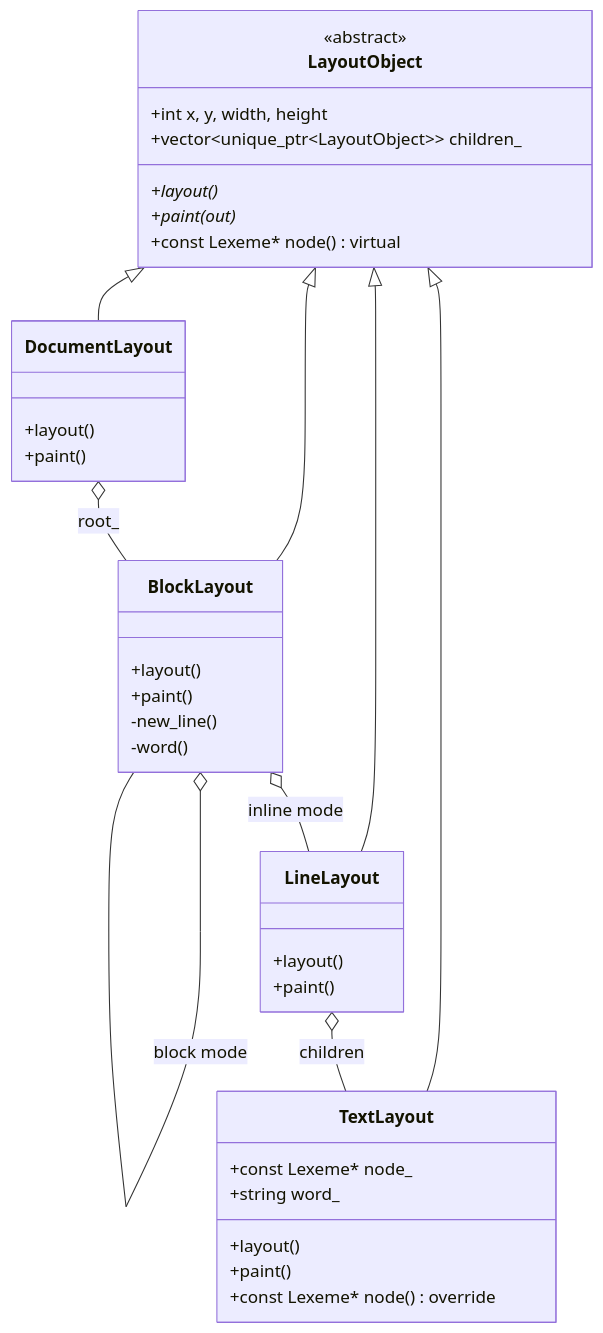
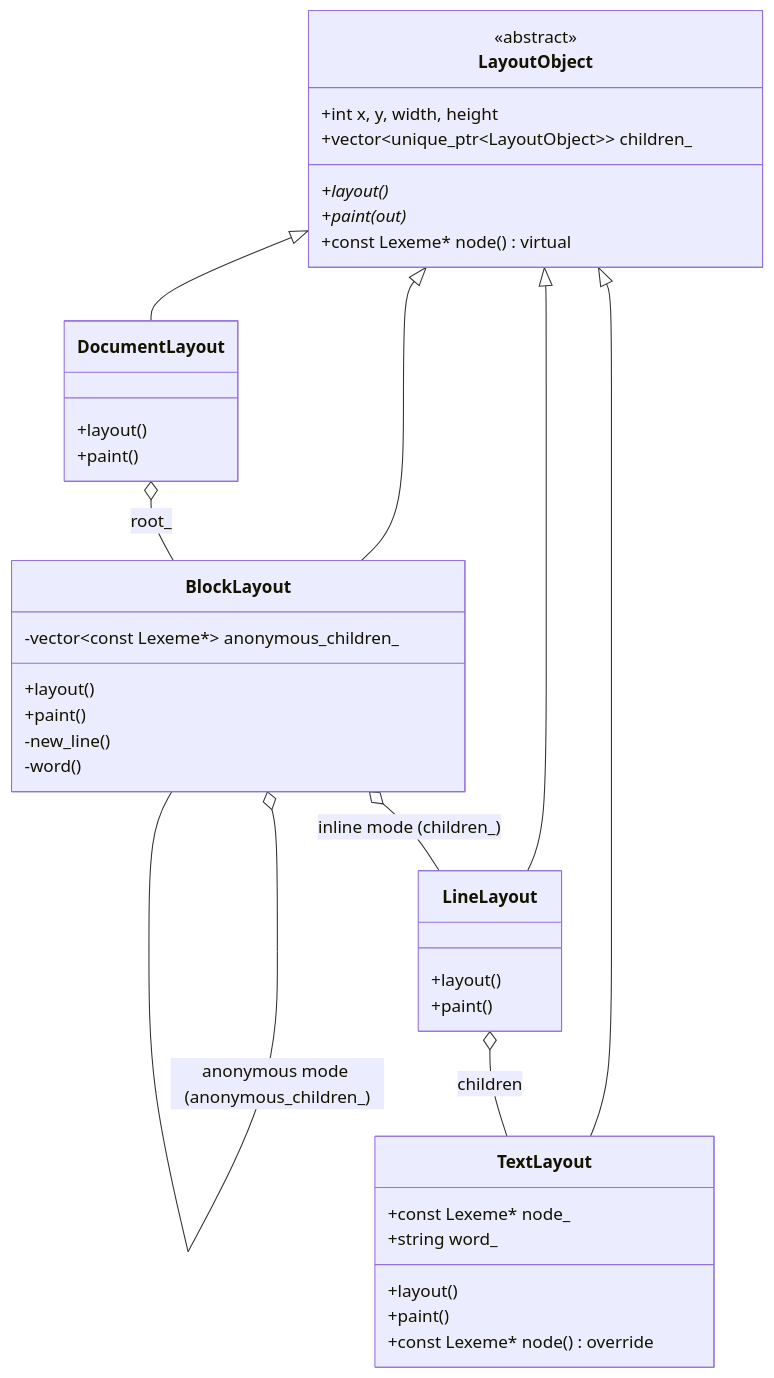
One commit to mohamedhany01/csurfer changed the diagram in arch/layout-tree.md. Above: the diagram before and after it, drawn with Mermaid. The commit also changed 1 other file, not shown here.

Commit message:
docs(arch): document anonymous block box generation

````diff
--- a/arch/layout-tree.md
+++ b/arch/layout-tree.md
@@ -5,46 +5,48 @@
 ```mermaid
 classDiagram
     class LayoutObject {
         <<abstract>>
         +int x, y, width, height
         +vector~unique_ptr~LayoutObject~~ children_
         +layout()*
         +paint(out)*
         +const Lexeme* node() virtual
     }
 
     class DocumentLayout {
         +layout()
         +paint()
     }
 
     class BlockLayout {
         +layout()
         +paint()
+        -vector~const Lexeme*~ anonymous_children_
         -new_line()
         -word()
     }
 
     class LineLayout {
         +layout()
         +paint()
     }
 
     class TextLayout {
         +const Lexeme* node_
         +string word_
         +layout()
         +paint()
         +const Lexeme* node() override
     }
 
     LayoutObject <|-- DocumentLayout
     LayoutObject <|-- BlockLayout
     LayoutObject <|-- LineLayout
     LayoutObject <|-- TextLayout
 
     DocumentLayout o-- BlockLayout : root_
-    BlockLayout o-- BlockLayout : block mode
-    BlockLayout o-- LineLayout : inline mode
+    BlockLayout o-- BlockLayout : block mode (children_)
+    BlockLayout o-- BlockLayout : anonymous mode (anonymous_children_)
+    BlockLayout o-- LineLayout : inline mode (children_)
     LineLayout o-- TextLayout : children
 ```
````
